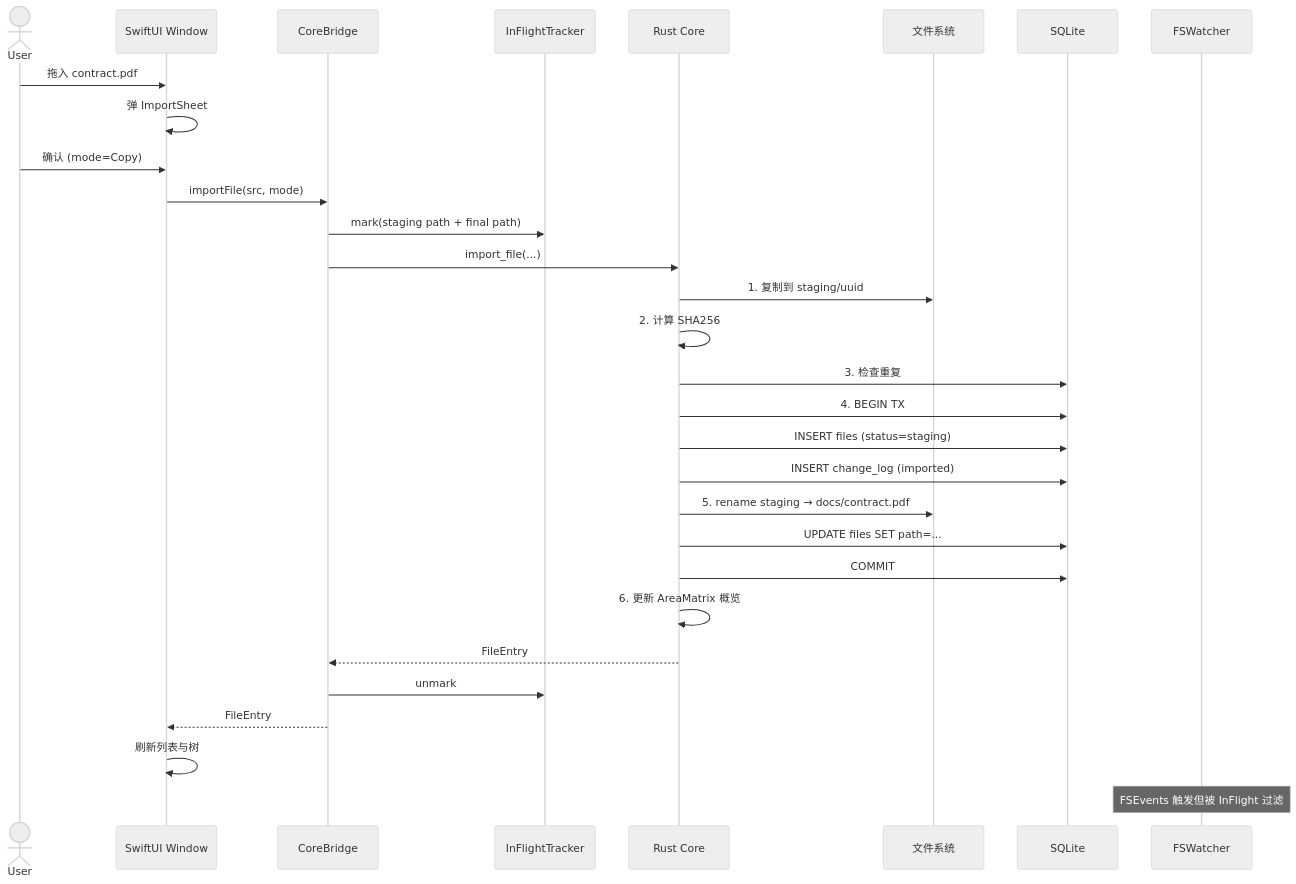
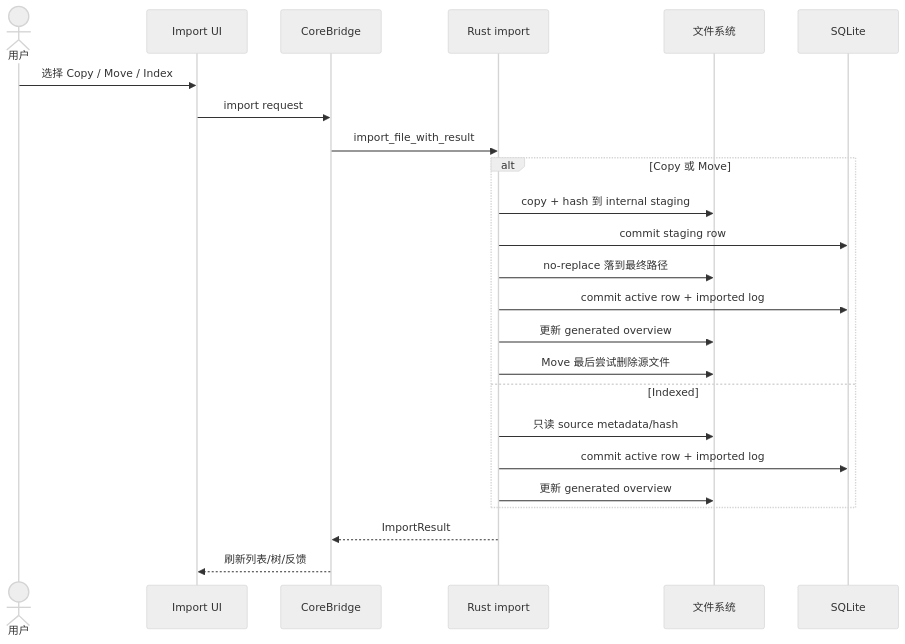
One commit to AreaSong/AreaMatrix changed the second of 3 diagrams in docs/architecture/overview.md. Above: the diagram before and after it, drawn with Mermaid (neutral theme). The commit also changed other lines of this file and 221 other files, not shown here.

````diff
--- a/docs/architecture/overview.md
+++ b/docs/architecture/overview.md
@@ -102,33 +69,27 @@
 ```mermaid
 sequenceDiagram
-    actor User
-    participant UI as SwiftUI Window
-    participant Bridge as CoreBridge
-    participant Tracker as InFlightTracker
-    participant Core as Rust Core
-    participant FS as 文件系统
-    participant DB as SQLite
-    participant Watcher as FSWatcher
+    actor user as 用户
+    participant ui as Import UI
+    participant bridge as CoreBridge
+    participant core as Rust import
+    participant fs as 文件系统
+    participant db as SQLite
 
-    User->>UI: 拖入 contract.pdf
-    UI->>UI: 弹 ImportSheet
-    User->>UI: 确认 (mode=Copy)
-    UI->>Bridge: importFile(src, mode)
-    Bridge->>Tracker: mark(staging path + final path)
-    Bridge->>Core: import_file(...)
-    Core->>FS: 1. 复制到 staging/uuid
-    Core->>Core: 2. 计算 SHA256
-    Core->>DB: 3. 检查重复
-    Core->>DB: 4. BEGIN TX
-    Core->>DB: INSERT files (status=staging)
-    Core->>DB: INSERT change_log (imported)
-    Core->>FS: 5. rename staging → docs/contract.pdf
-    Core->>DB: UPDATE files SET path=...
-    Core->>DB: COMMIT
-    Core->>Core: 6. 更新 AreaMatrix 概览
-    Core-->>Bridge: FileEntry
-    Bridge->>Tracker: unmark
-    Bridge-->>UI: FileEntry
-    UI->>UI: 刷新列表与树
-    Note over Watcher: FSEvents 触发但被 InFlight 过滤
+    user->>ui: 选择 Copy / Move / Index
+    ui->>bridge: import request
+    bridge->>core: import_file_with_result
+    alt Copy 或 Move
+        core->>fs: copy + hash 到 internal staging
+        core->>db: commit staging row
+        core->>fs: no-replace 落到最终路径
+        core->>db: commit active row + imported log
+        core->>fs: 更新 generated overview
+        core->>fs: Move 最后尝试删除源文件
+    else Indexed
+        core->>fs: 只读 source metadata/hash
+        core->>db: commit active row + imported log
+        core->>fs: 更新 generated overview
+    end
+    core-->>bridge: ImportResult
+    bridge-->>ui: 刷新列表/树/反馈
 ```
````
